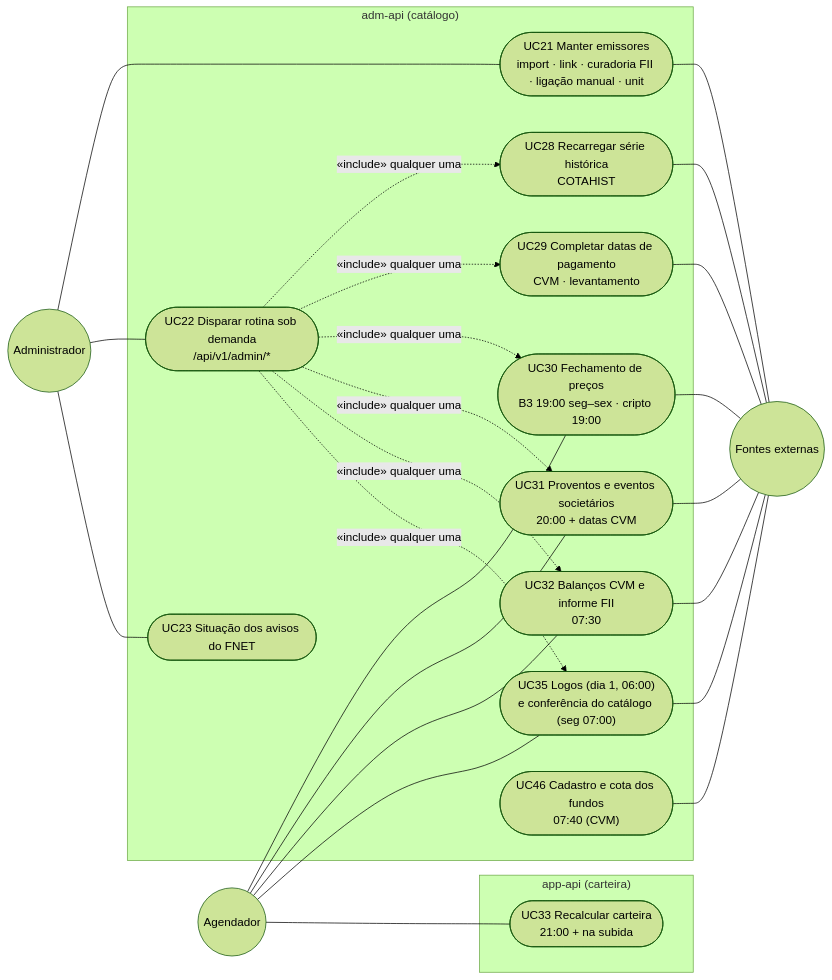
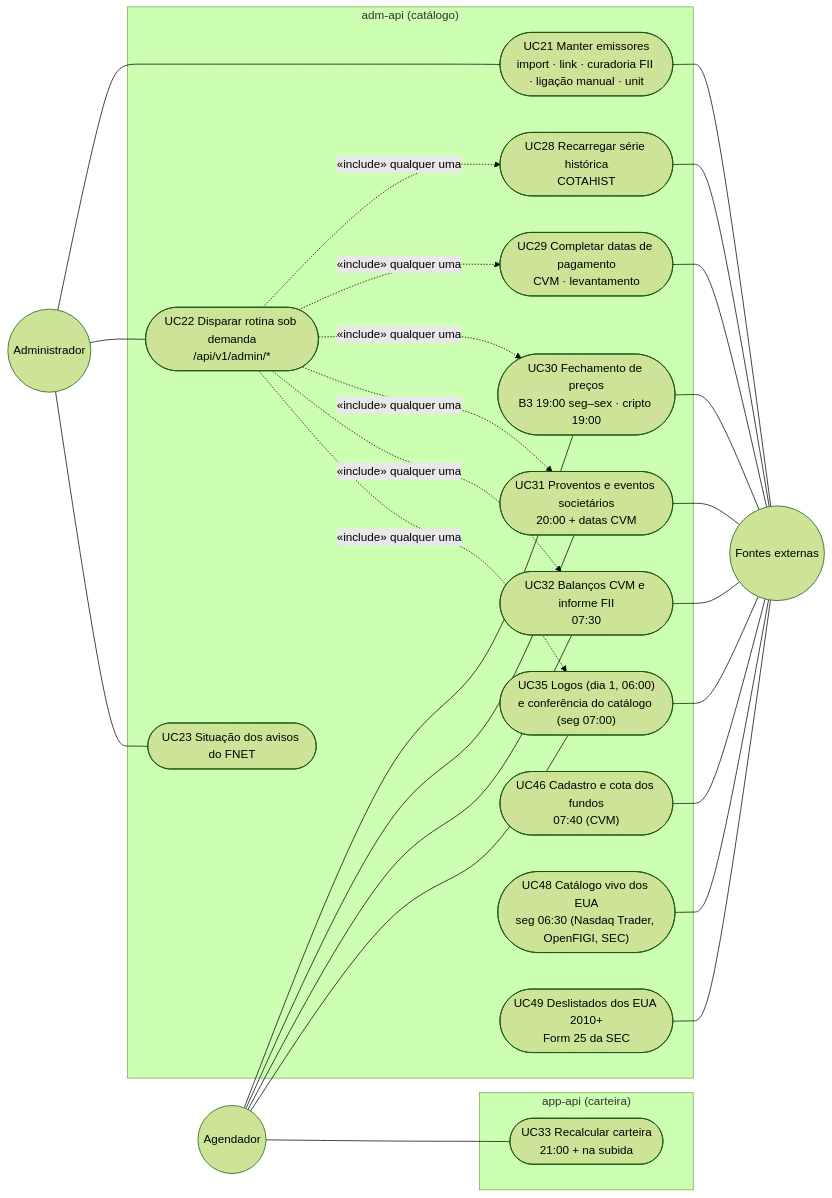
The seventh of 8 diagrams in docs/USE_CASES.md (guilherme-dealmeida/activest), drawn with Mermaid (forest theme) before and after one commit. The commit also changed other lines of this file and 140 other files, not shown here.

Commit message:
TRACK_01 - Ativos internacionais: catálogo de Stock, REIT e ETF dos EUA com categoria e deslistados desde 2010

````diff
--- a/docs/USE_CASES.md
+++ b/docs/USE_CASES.md
@@ -286,28 +286,30 @@
 ```mermaid
 flowchart LR
     adm(("Administrador"))
     sch(("Agendador"))
     ext(("Fontes externas"))
 
     subgraph ADM["adm-api (catálogo)"]
         uc21(["UC21 Manter emissores<br/>import · link · curadoria FII · ligação manual · unit"])
         uc22(["UC22 Disparar rotina sob demanda<br/>/api/v1/admin/*"])
         uc30(["UC30 Fechamento de preços<br/>B3 19:00 seg–sex · cripto 19:00"])
         uc31(["UC31 Proventos e eventos societários<br/>20:00 + datas CVM"])
         uc32(["UC32 Balanços CVM e informe FII<br/>07:30"])
         uc35(["UC35 Logos (dia 1, 06:00)<br/>e conferência do catálogo (seg 07:00)"])
         uc28(["UC28 Recarregar série histórica<br/>COTAHIST"])
         uc29(["UC29 Completar datas de pagamento<br/>CVM · levantamento"])
         uc23(["UC23 Situação dos avisos do FNET"])
         uc46(["UC46 Cadastro e cota dos fundos<br/>07:40 (CVM)"])
+        uc48(["UC48 Catálogo vivo dos EUA<br/>seg 06:30 (Nasdaq Trader, OpenFIGI, SEC)"])
+        uc49(["UC49 Deslistados dos EUA 2010+<br/>Form 25 da SEC"])
     end
 
     subgraph APP["app-api (carteira)"]
         uc33(["UC33 Recalcular carteira<br/>21:00 + na subida"])
     end
 
     adm --- uc21 & uc22 & uc23
     sch --- uc30 & uc31 & uc32 & uc35 & uc33
     uc22 -.->|«include» qualquer uma| uc28 & uc29 & uc30 & uc31 & uc32 & uc35
-    uc21 & uc28 & uc29 & uc30 & uc31 & uc32 & uc35 & uc46 --- ext
+    uc21 & uc28 & uc29 & uc30 & uc31 & uc32 & uc35 & uc46 & uc48 & uc49 --- ext
 ```
````
